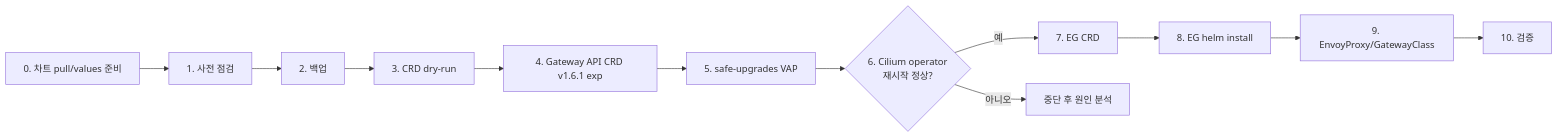
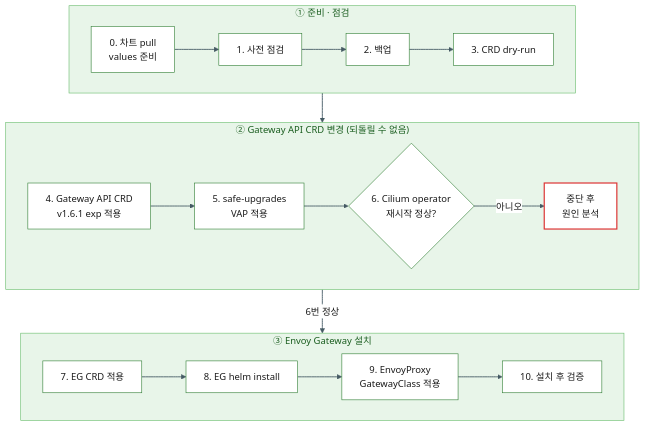
One commit to nkicker82/chat-with-ai changed the diagram in docs/envoy-gateway/envoy-gateway-install-config-b.md. Above: the diagram before and after it, drawn with Mermaid. The commit also changed other lines of this file, not shown here.

````diff
--- a/docs/envoy-gateway/envoy-gateway-install-config-b.md
+++ b/docs/envoy-gateway/envoy-gateway-install-config-b.md
@@ -144,9 +138,31 @@
 ```mermaid
-flowchart LR
-  S0[0. 차트 pull/values 준비] --> S1[1. 사전 점검] --> S2[2. 백업] --> S3[3. CRD dry-run]
-  S3 --> S4[4. Gateway API CRD v1.6.1 exp]
-  S4 --> S5[5. safe-upgrades VAP]
-  S5 --> S6{6. Cilium operator<br/>재시작 정상?}
-  S6 -- 예 --> S7[7. EG CRD] --> S8[8. EG helm install] --> S9[9. EnvoyProxy/GatewayClass] --> S10[10. 검증]
-  S6 -- 아니오 --> X[중단 후 원인 분석]
+%%{init: {'theme': 'base', 'themeVariables': {'primaryColor': '#ffffff', 'primaryTextColor': '#1b1b1b', 'primaryBorderColor': '#2e7d32', 'lineColor': '#455a64', 'edgeLabelBackground': '#ffffff', 'clusterBkg': '#e8f5e9', 'clusterBorder': '#66bb6a', 'titleColor': '#1b5e20'}}}%%
+flowchart TB
+  subgraph R1["① 준비 · 점검"]
+    direction LR
+    S0["0. 차트 pull<br/>values 준비"] --> S1["1. 사전 점검"] --> S2["2. 백업"] --> S3["3. CRD dry-run"]
+  end
+
+  subgraph R2["② Gateway API CRD 변경 (되돌릴 수 없음)"]
+    direction LR
+    S4["4. Gateway API CRD<br/>v1.6.1 exp 적용"] --> S5["5. safe-upgrades<br/>VAP 적용"] --> S6{"6. Cilium operator<br/>재시작 정상?"}
+    S6 -- 아니오 --> X["중단 후<br/>원인 분석"]
+  end
+
+  subgraph R3["③ Envoy Gateway 설치"]
+    direction LR
+    S7["7. EG CRD 적용"] --> S8["8. EG helm install"] --> S9["9. EnvoyProxy<br/>GatewayClass 적용"] --> S10["10. 설치 후 검증"]
+  end
+
+  R1 --> R2
+  R2 -- "6번 정상" --> R3
+
+  classDef default fill:#ffffff,stroke:#2e7d32,color:#1b1b1b;
+  classDef stop fill:#ffffff,stroke:#d33,stroke-width:2px,color:#1b1b1b;
+  class X stop
+  linkStyle default stroke:#455a64,stroke-width:1.5px;
+
+  style R1 fill:#e8f5e9,stroke:#66bb6a,color:#1b5e20
+  style R2 fill:#e8f5e9,stroke:#66bb6a,color:#1b5e20
+  style R3 fill:#e8f5e9,stroke:#66bb6a,color:#1b5e20
 ```
````
